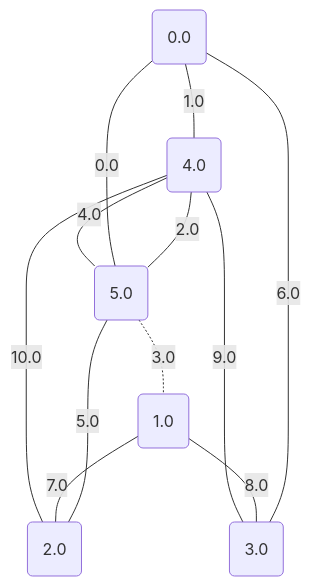
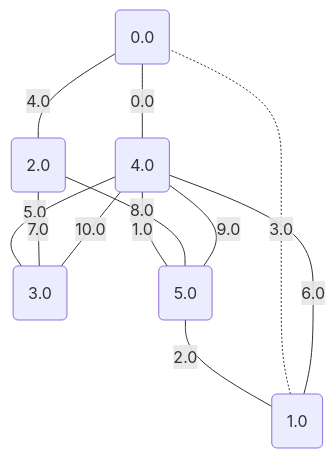
Before and after one commit to metury/graphs: the tenth of 17 diagrams in project/src/testing/showcase/minCutPetersen.md, drawn with Mermaid. The commit also changed other lines of this file and 34 other files, not shown here.

````diff
--- a/project/src/testing/showcase/minCutPetersen.md
+++ b/project/src/testing/showcase/minCutPetersen.md
@@ -268,20 +268,20 @@
 ```mermaid
 graph TD;
 	0("0.0");
 	1("1.0");
 	2("2.0");
 	3("3.0");
 	4("4.0");
 	5("5.0");
-	5 -- "0.0" --- 0;
-	0 -- "1.0" --- 4;
-	4 -- "2.0" --- 5;
-	5 -. "3.0" -.- 1;
-	5 -- "4.0" --- 4;
-	5 -- "5.0" --- 2;
-	0 -- "6.0" --- 3;
-	1 -- "7.0" --- 2;
-	1 -- "8.0" --- 3;
-	4 -- "9.0" --- 3;
-	2 -- "10.0" --- 4;
+	0 -- "0.0" --- 4;
+	4 -- "1.0" --- 5;
+	5 -- "2.0" --- 1;
+	1 -. "3.0" -.- 0;
+	0 -- "4.0" --- 2;
+	4 -- "5.0" --- 3;
+	1 -- "6.0" --- 4;
+	2 -- "7.0" --- 3;
+	2 -- "8.0" --- 5;
+	4 -- "9.0" --- 5;
+	3 -- "10.0" --- 4;
 ```
````
